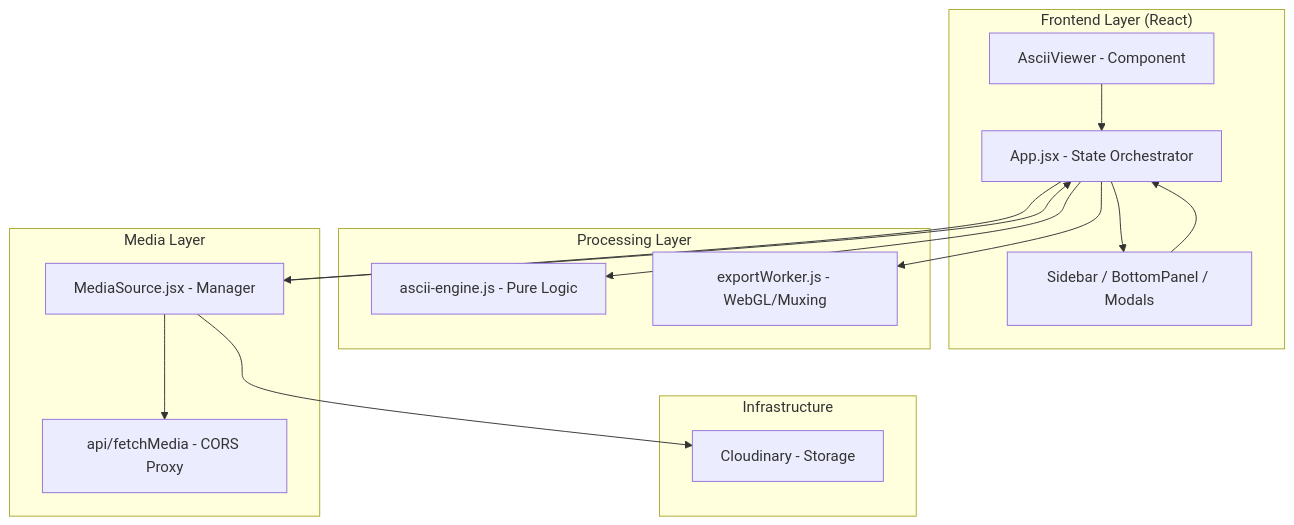
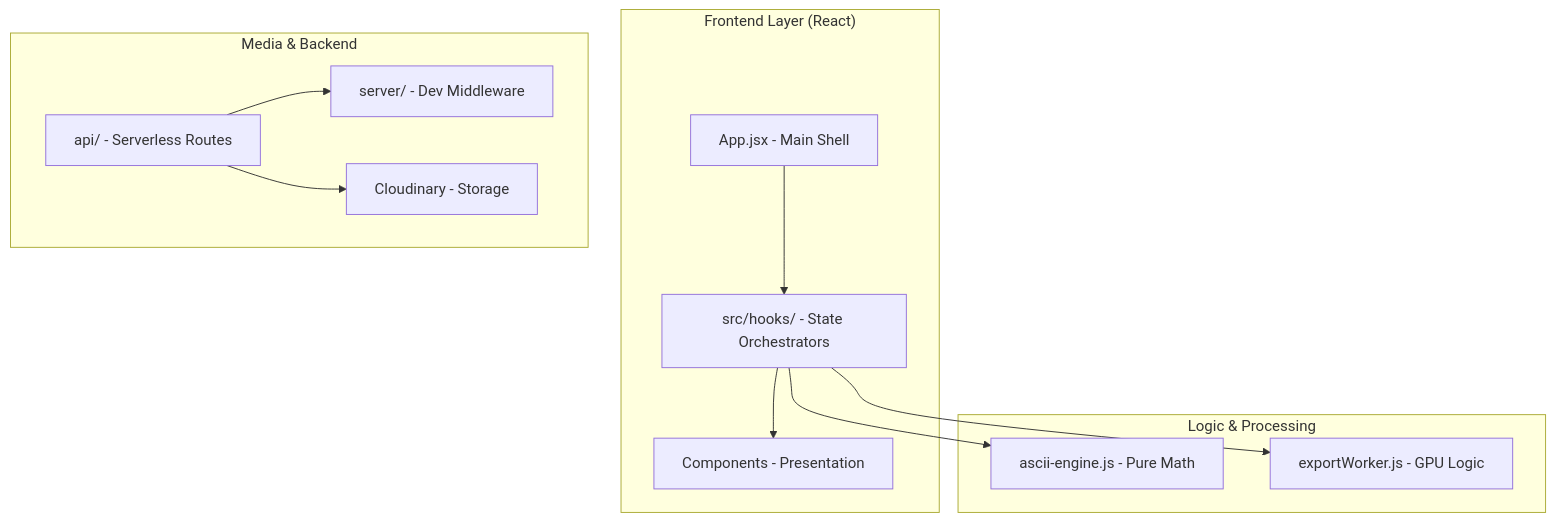
One commit to tarunkumar-sys/art_to_ascii changed the first of 2 diagrams in System.md. Above: the diagram before and after it, drawn with Mermaid. The commit also changed other lines of this file, not shown here.

````diff
--- a/System.md
+++ b/System.md
@@ -25,32 +25,26 @@
 ```mermaid
 graph TD
     subgraph "Frontend Layer (React)"
-        App[App.jsx - State Orchestrator]
-        UI[Sidebar / BottomPanel / Modals]
-        Viewer[AsciiViewer - Component]
+        App[App.jsx - Main Shell]
+        Hooks[src/hooks/ - State Orchestrators]
+        UI[Components - Presentation]
     end
 
-    subgraph "Processing Layer"
-        Engine[ascii-engine.js - Pure Logic]
-        Worker[exportWorker.js - WebGL/Muxing]
+    subgraph "Logic & Processing"
+        Engine[ascii-engine.js - Pure Math]
+        Worker[exportWorker.js - GPU Logic]
     end
 
-    subgraph "Media Layer"
-        MS[MediaSource.jsx - Manager]
-        Proxy[api/fetchMedia - CORS Proxy]
-    end
-
-    subgraph "Infrastructure"
+    subgraph "Media & Backend"
+        Server[server/ - Dev Middleware]
+        API[api/ - Serverless Routes]
         CD[Cloudinary - Storage]
     end
 
-    App --> MS
-    App --> Engine
-    App --> UI
-    UI --> App
-    MS --> App
-    Viewer --> App
-    App --> Worker
-    MS --> Proxy
-    MS --> CD
+    App --> Hooks
+    Hooks --> UI
+    Hooks --> Engine
+    Hooks --> Worker
+    API --> Server
+    API --> CD
 ```
````
